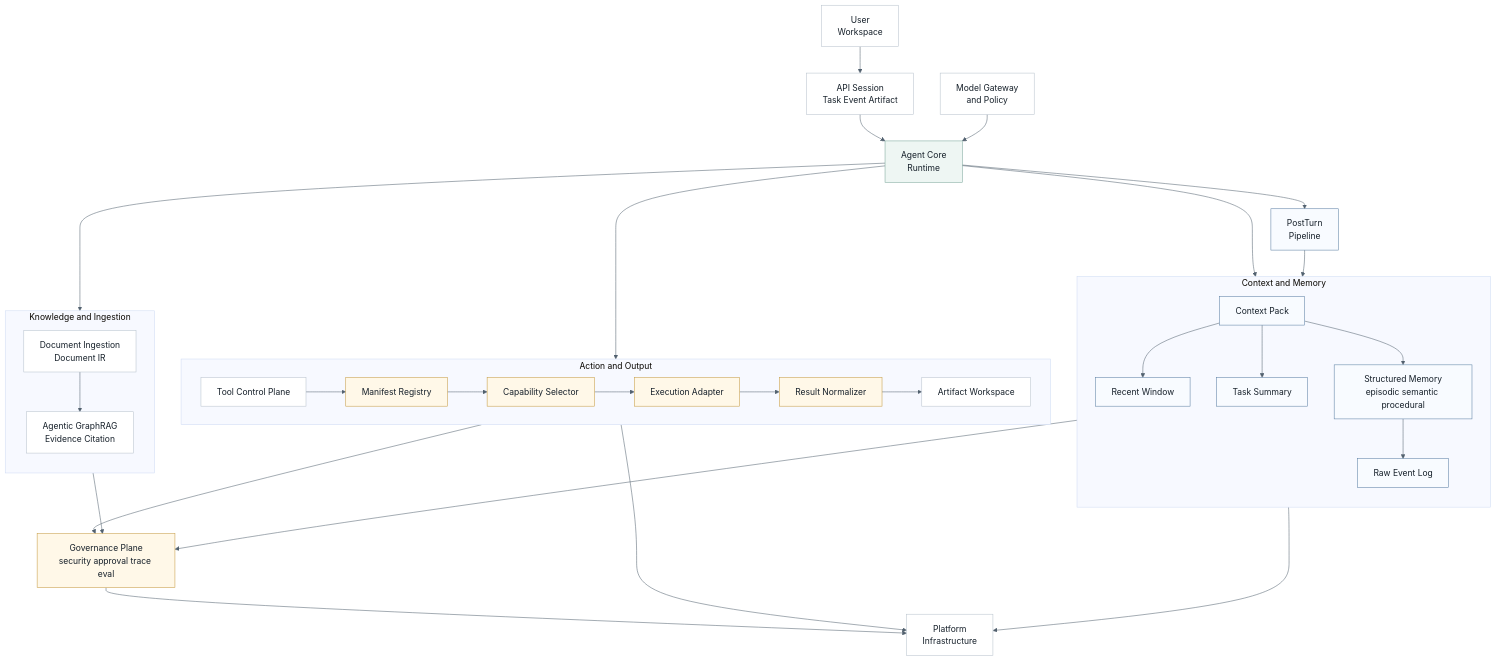
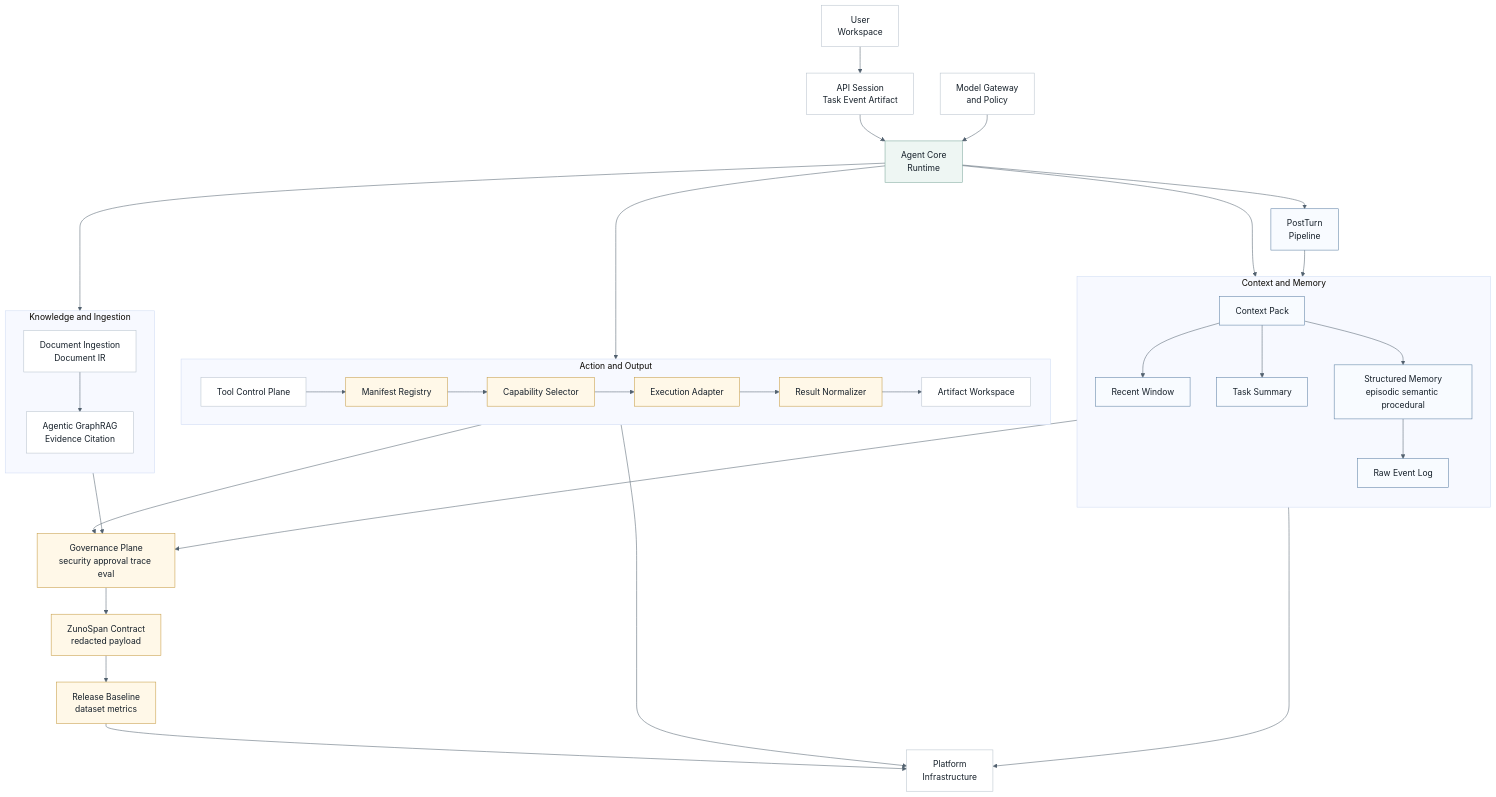
One commit to ProfessorZhi/Zuno changed the first of 10 diagrams in docs/architecture/architecture.md. Above: the diagram before and after it, drawn with Mermaid. The commit also changed other lines of this file and 21 other files, not shown here.

Commit message:
docs: refresh architecture docs and diagrams

````diff
--- a/docs/architecture/architecture.md
+++ b/docs/architecture/architecture.md
@@ -1066,61 +1067,63 @@
 ```mermaid
 %%{init: {"theme": "base", "themeVariables": {"background": "#f7f8fb", "lineColor": "#52616f"}}}%%
 flowchart TB
   classDef node fill:#ffffff,stroke:#b8c2cc,stroke-width:1px,color:#16202a;
   classDef accent fill:#eef6f3,stroke:#7aa59a,stroke-width:1px,color:#16202a;
   classDef guard fill:#fff8e8,stroke:#c59b43,stroke-width:1px,color:#16202a;
   classDef mem fill:#f8fbff,stroke:#5b7fa3,stroke-width:1px,color:#16202a;
 
   USER["User<br/>Workspace"]
   API["API Session<br/>Task Event Artifact"]
   MODEL["Model Gateway<br/>and Policy"]
   CORE["Agent Core<br/>Runtime"]:::accent
   POST["PostTurn<br/>Pipeline"]:::mem
   GOV["Governance Plane<br/>security approval trace eval"]:::guard
+  SPAN["ZunoSpan Contract<br/>redacted payload"]:::guard
+  BASELINE["Release Baseline<br/>dataset metrics"]:::guard
   PLATFORM["Platform<br/>Infrastructure"]
 
   subgraph MEMSYS["Context and Memory"]
     direction TB
     PACK["Context Pack"]:::mem
     RECENT["Recent Window"]:::mem
     SUMMARY["Task Summary"]:::mem
     STRUCT["Structured Memory<br/>episodic semantic procedural"]:::mem
     RAW["Raw Event Log"]:::mem
     PACK --> RECENT
     PACK --> SUMMARY
     PACK --> STRUCT
     STRUCT --> RAW
   end
 
   subgraph KNOWSYS["Knowledge and Ingestion"]
     direction TB
     INGEST["Document Ingestion<br/>Document IR"]
     KNOW["Agentic GraphRAG<br/>Evidence Citation"]
     INGEST --> KNOW
   end
 
   subgraph ACTSYS["Action and Output"]
     direction LR
     TOOL["Tool Control Plane"]
     REG["Manifest Registry"]:::guard
     SELECT["Capability Selector"]:::guard
     EXEC["Execution Adapter"]:::guard
     NORM["Result Normalizer"]:::guard
     ART["Artifact Workspace"]
     TOOL --> REG --> SELECT --> EXEC --> NORM --> ART
   end
 
   USER --> API --> CORE
   MODEL --> CORE
   CORE --> PACK
   CORE --> TOOL
   CORE --> KNOW
   CORE --> POST --> RAW
   PACK --> GOV
   NORM --> GOV
   KNOW --> GOV
-  GOV --> PLATFORM
+  GOV --> SPAN --> BASELINE --> PLATFORM
   RAW --> PLATFORM
   ART --> PLATFORM
   class USER,API,MODEL,PLATFORM node;
 ```
````
